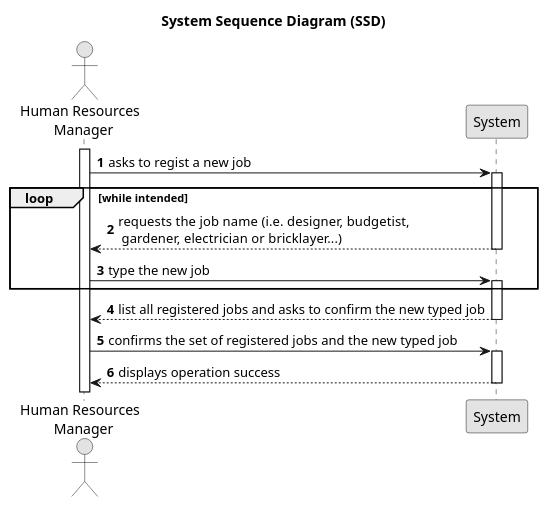
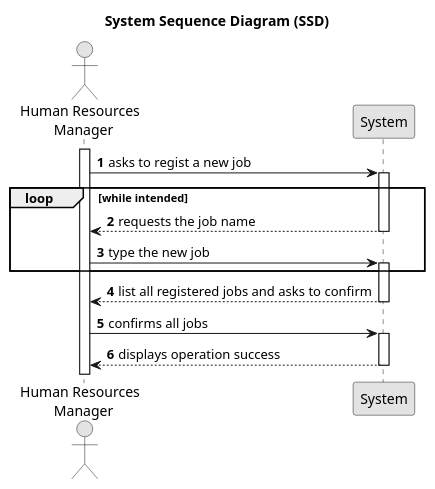
The diagram in docs/sprintA/us002/01.requirements-engineering/puml/us002-system-sequence-diagram-alternative-one.puml (1231360-ISEP/lei-24-s2-1db-g021), drawn with PlantUML before and after one commit.

Commit message:
US2 - update the system sequence diagram and SVG

```diff
--- a/docs/sprintA/us002/01.requirements-engineering/puml/us002-system-sequence-diagram-alternative-one.puml
+++ b/docs/sprintA/us002/01.requirements-engineering/puml/us002-system-sequence-diagram-alternative-one.puml
@@ -1,35 +1,35 @@
 @startuml
 skinparam monochrome true
 skinparam packageStyle rectangle
 skinparam shadowing false
 
 title System Sequence Diagram (SSD)
 
 autonumber
 
 actor "Human Resources \n Manager" as HRM
 participant "System" as System
 
 activate HRM
 
     HRM -> System : asks to regist a new job
     activate System
 
     loop while intended
-            System --> HRM : requests the job name (i.e.  designer, budgetist,\n gardener, electrician or bricklayer...)
+            System --> HRM : requests the job name
         deactivate System
 
         HRM -> System : type the new job
         activate System
     end
 
-        System --> HRM : list all registered jobs and asks to confirm the new typed job
+        System --> HRM : list all registered jobs and asks to confirm
     deactivate System
 
-    HRM -> System : confirms the set of registered jobs and the new typed job
+    HRM -> System : confirms all jobs
     activate System
 
     System --> HRM : displays operation success
     deactivate System
 
 @enduml
```
